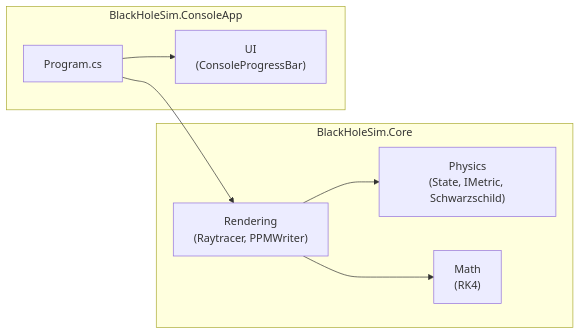
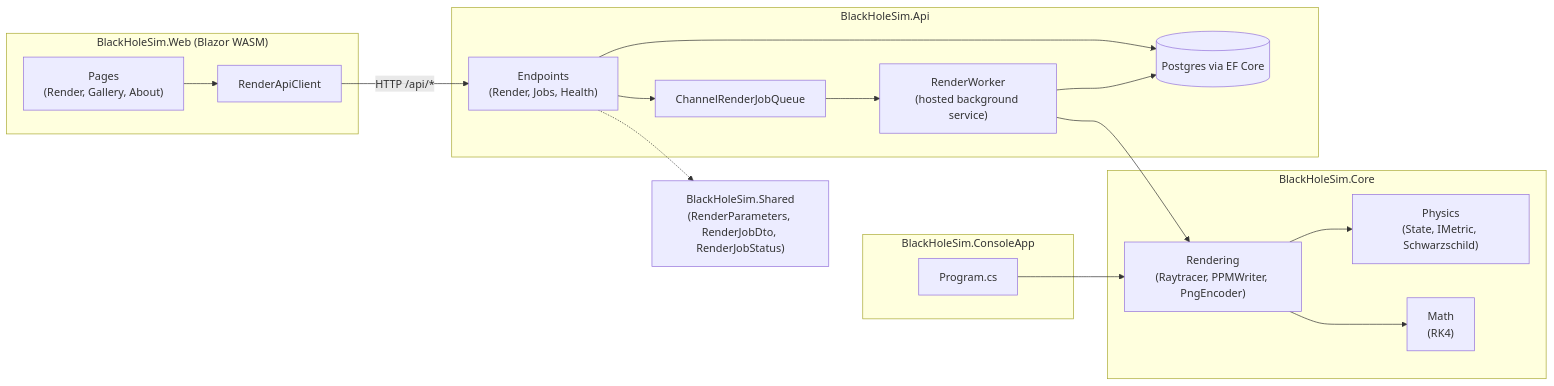
One commit to konradcinkusz/black-hole-sim changed the first of 3 diagrams in README.md. Above: the diagram before and after it, drawn with Mermaid. The commit also changed other lines of this file and 3 other files, not shown here.

First line of the commit message:
Rewrite README to match current architecture; fix broken default render

````diff
--- a/README.md
+++ b/README.md
@@ -239,18 +181,35 @@
 ```mermaid
 flowchart LR
   subgraph Core["BlackHoleSim.Core"]
     Physics["Physics\n(State, IMetric, Schwarzschild)"]
     Math["Math\n(RK4)"]
-    Rendering["Rendering\n(Raytracer, PPMWriter)"]
+    Rendering["Rendering\n(Raytracer, PPMWriter, PngEncoder)"]
   end
 
-  subgraph Console["BlackHoleSim.ConsoleApp"]
-    UI["UI\n(ConsoleProgressBar)"]
-    Entry["Program.cs"]
+  Shared["BlackHoleSim.Shared\n(RenderParameters, RenderJobDto, RenderJobStatus)"]
+
+  subgraph ConsoleApp["BlackHoleSim.ConsoleApp"]
+    CEntry["Program.cs"]
   end
 
-  Entry --> UI
-  Entry --> Rendering
+  subgraph Api["BlackHoleSim.Api"]
+    Endpoints["Endpoints\n(Render, Jobs, Health)"]
+    Worker["RenderWorker\n(hosted background service)"]
+    Queue["ChannelRenderJobQueue"]
+    Db[("Postgres via EF Core")]
+  end
+
+  subgraph Web["BlackHoleSim.Web (Blazor WASM)"]
+    Pages["Pages\n(Render, Gallery, About)"]
+    ApiClient["RenderApiClient"]
+  end
+
+  CEntry --> Rendering
+  Endpoints --> Queue --> Worker --> Rendering
+  Worker --> Db
+  Endpoints --> Db
+  Endpoints -.-> Shared
+  Pages --> ApiClient -->|HTTP /api/*| Endpoints
   Rendering --> Physics
   Rendering --> Math
 ```
````
